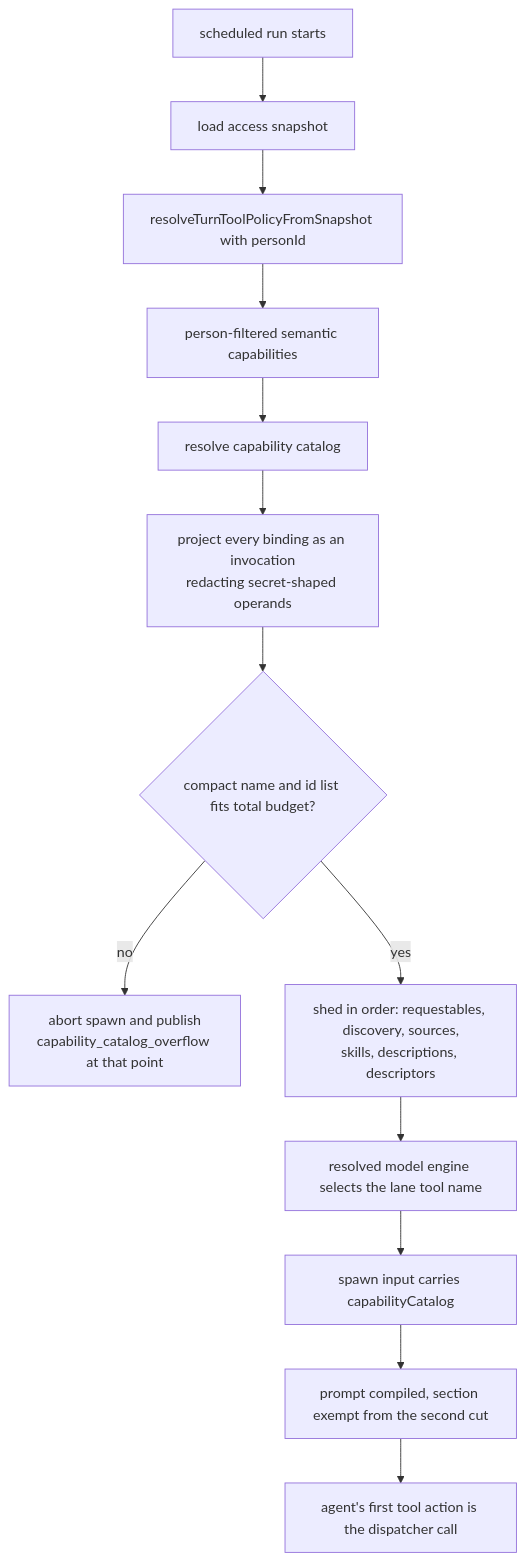
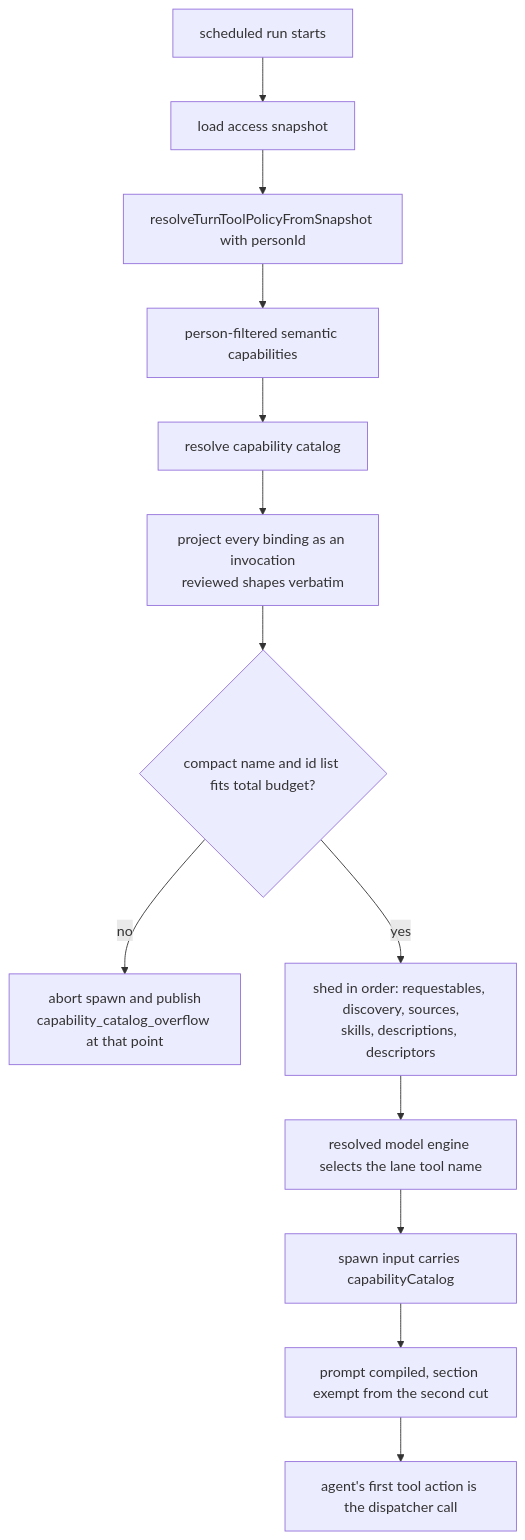
The diagram in .factory/stories/GRANTED-1/task-plans/GRANTED-1-T1.md (knacklabs/gantry), drawn with Mermaid before and after one commit. The commit also changed other lines of this file and 26 other files, not shown here.

````diff
--- a/.factory/stories/GRANTED-1/task-plans/GRANTED-1-T1.md
+++ b/.factory/stories/GRANTED-1/task-plans/GRANTED-1-T1.md
@@ -111,15 +129,15 @@
 ```mermaid
 flowchart TD
   A[scheduled run starts] --> B[load access snapshot]
   B --> C[resolveTurnToolPolicyFromSnapshot with personId]
   C --> D[person-filtered semantic capabilities]
   D --> E[resolve capability catalog]
-  E --> F[project every binding as an invocation<br/>redacting secret-shaped operands]
+  E --> F[project every binding as an invocation<br/>reviewed shapes verbatim]
   F --> G{compact name and id list fits total budget?}
   G -- no --> H[abort spawn and publish<br/>capability_catalog_overflow at that point]
   G -- yes --> I[shed in order: requestables, discovery, sources,<br/>skills, descriptions, descriptors]
   I --> J[resolved model engine selects the lane tool name]
   J --> K[spawn input carries capabilityCatalog]
   K --> L[prompt compiled, section exempt from the second cut]
   L --> M[agent's first tool action is the dispatcher call]
 ```
````
